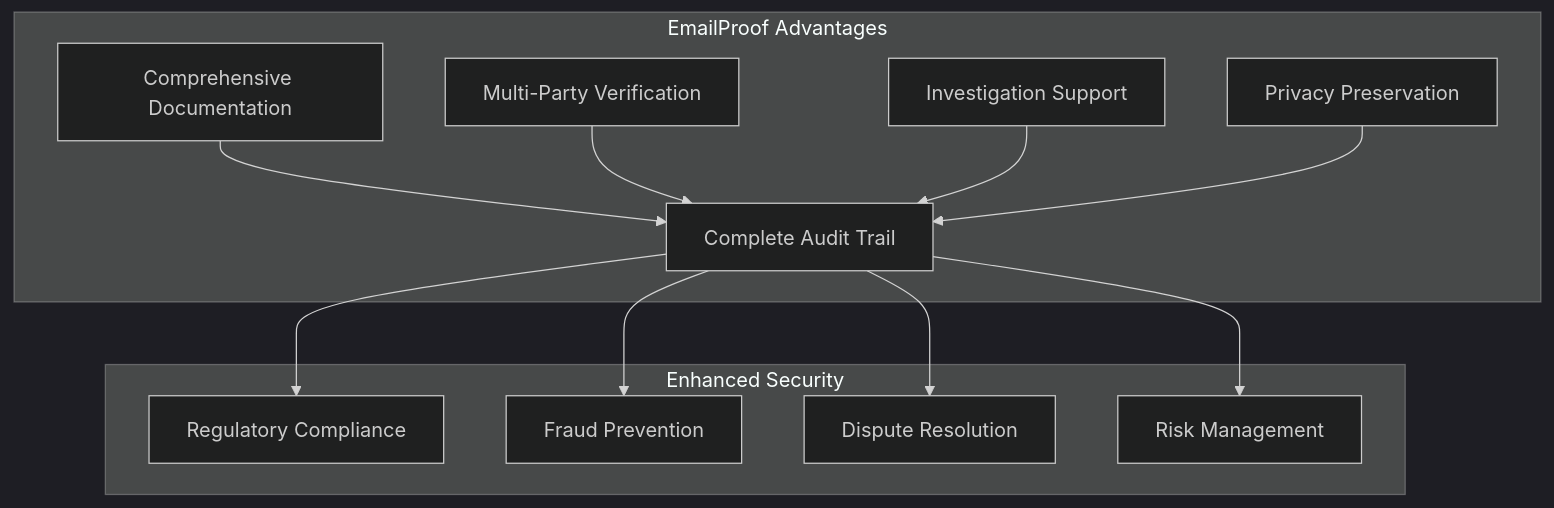
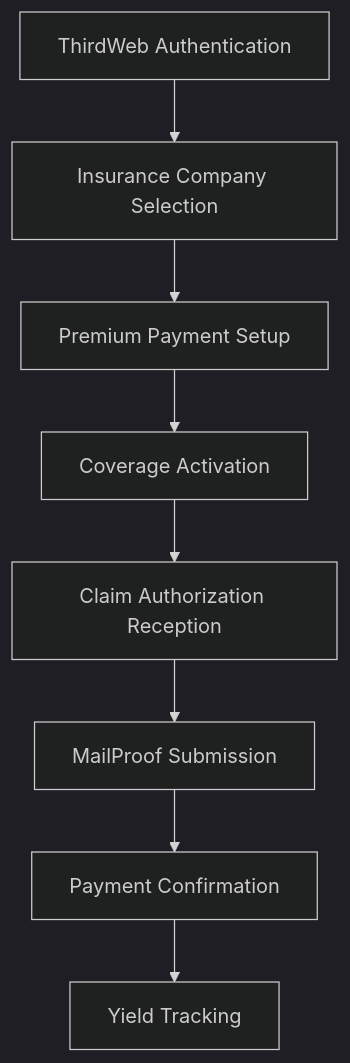
Diagram 12 of 18 in memory-bank/systemPatterns.md (ppezzull/zkMed), drawn with Mermaid (dark theme) before and after one commit. The commit also changed other lines of this file and 5 other files, not shown here.

````diff
--- a/memory-bank/systemPatterns.md
+++ b/memory-bank/systemPatterns.md
@@ -143,16 +521,10 @@
 ```mermaid
 graph TB
-    subgraph "EmailProof Advantages"
-        A[Comprehensive Documentation] --> E[Complete Audit Trail]
-        B[Multi-Party Verification] --> E
-        C[Investigation Support] --> E
-        D[Privacy Preservation] --> E
-    end
-    
-    subgraph "Enhanced Security"
-        E --> F[Regulatory Compliance]
-        E --> G[Fraud Prevention]
-        E --> H[Dispute Resolution]
-        E --> I[Risk Management]
-    end
+    A[ThirdWeb Authentication] --> B[Insurance Company Selection]
+    B --> C[Premium Payment Setup]
+    C --> D[Coverage Activation]
+    D --> E[Claim Authorization Reception]
+    E --> F[MailProof Submission]
+    F --> G[Payment Confirmation]
+    G --> H[Yield Tracking]
 ```
````
